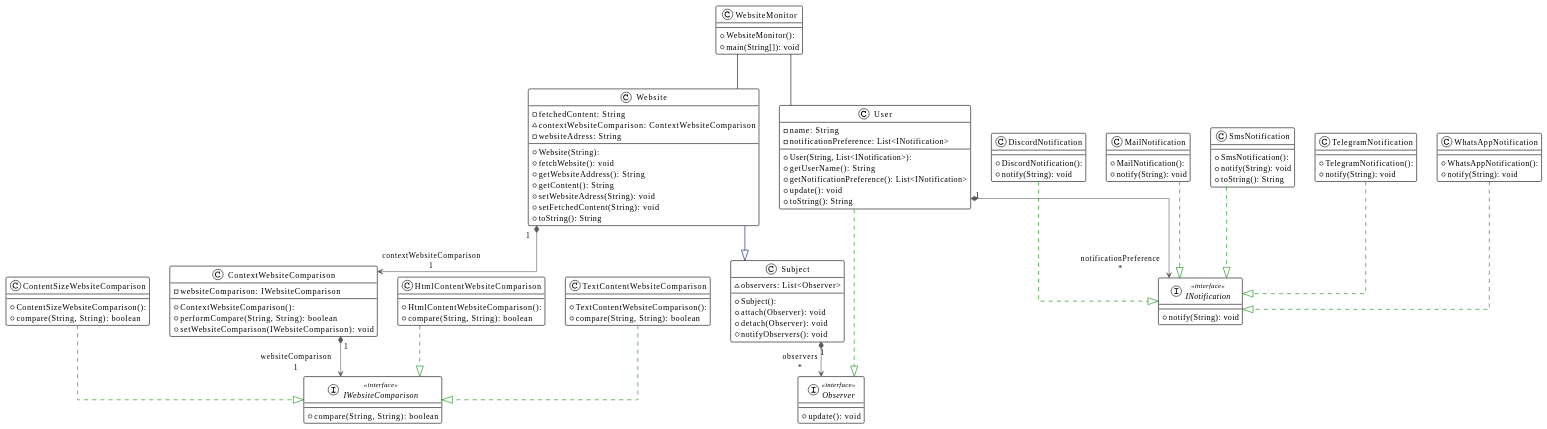
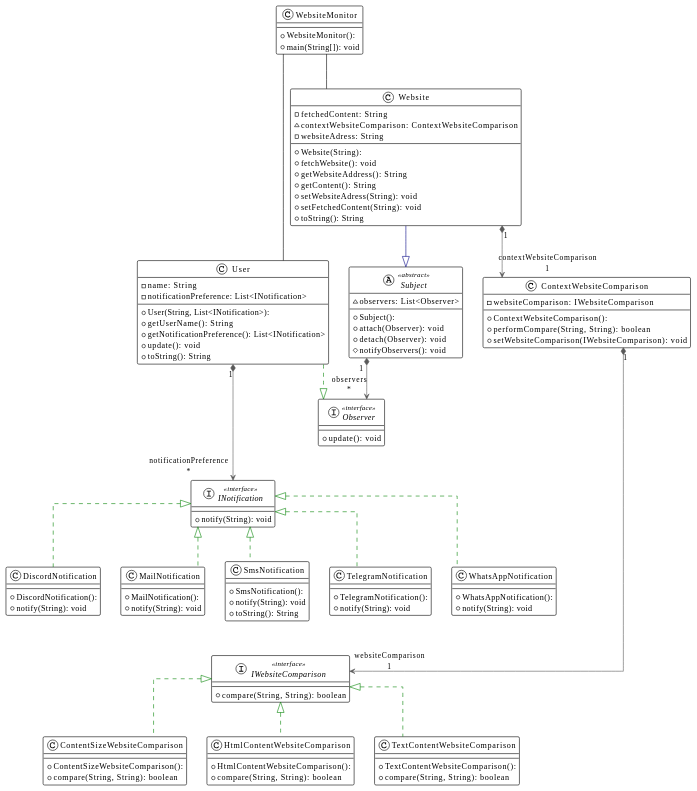
Before and after one commit to Montimare/Software-Engineering-Design: the diagram in markdown/Ab6/ab6.md, drawn with PlantUML. The commit also changed other lines of this file, not shown here.

Commit message:
updated markdown

````diff
--- a/markdown/Ab6/ab6.md
+++ b/markdown/Ab6/ab6.md
@@ -48,7 +48,7 @@
   + notify(String): void
   + toString(): String
 }
-class Subject {
+abstract Subject <<abstract>>{
   + Subject(): 
   ~ observers: List<Observer>
   + attach(Observer): void
@@ -95,19 +95,23 @@
 
 WebsiteMonitor -- User
 WebsiteMonitor -- Website
-ContentSizeWebsiteComparison  -[#008200,dashed]-^  IWebsiteComparison           
-ContextWebsiteComparison     "1" *-[#595959,plain]-> "websiteComparison\n1" IWebsiteComparison           
-DiscordNotification           -[#008200,dashed]-^  INotification                
-HtmlContentWebsiteComparison  -[#008200,dashed]-^  IWebsiteComparison           
-MailNotification              -[#008200,dashed]-^  INotification                
-SmsNotification               -[#008200,dashed]-^  INotification                
+ContentSizeWebsiteComparison  -[#008200,dashed]up-^  IWebsiteComparison           
+ContextWebsiteComparison     "1" *-[#595959,plain]down----> "websiteComparison\n1" IWebsiteComparison           
+DiscordNotification           -[#008200,dashed]up-^  INotification                
+HtmlContentWebsiteComparison  -[#008200,dashed]up-^  IWebsiteComparison           
+MailNotification              -[#008200,dashed]up-^  INotification                
+SmsNotification               -[#008200,dashed]up-^  INotification                
 Subject                      "1" *-[#595959,plain]-> "observers\n*" Observer                     
-TelegramNotification          -[#008200,dashed]-^  INotification                
-TextContentWebsiteComparison  -[#008200,dashed]-^  IWebsiteComparison           
-User                         "1" *-[#595959,plain]-> "notificationPreference\n*" INotification                
+TelegramNotification          -[#008200,dashed]up-^  INotification                
+TextContentWebsiteComparison  -[#008200,dashed]up-^  IWebsiteComparison           
+User                         "1" *-[#595959,plain]down--> "notificationPreference\n*" INotification                
 User                          -[#008200,dashed]-^  Observer                     
 Website                      "1" *-[#595959,plain]-> "contextWebsiteComparison\n1" ContextWebsiteComparison     
 Website                       -[#000082,plain]-^  Subject                      
-WhatsAppNotification          -[#008200,dashed]-^  INotification                
+WhatsAppNotification          -[#008200,dashed]up-^  INotification          
+
+
+INotification -[hidden]-- IWebsiteComparison
+
 @enduml
 ```
````
